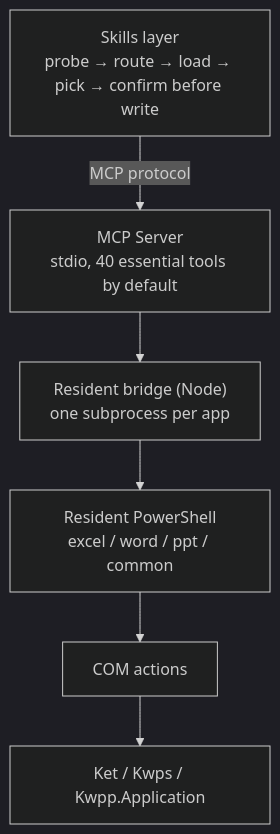
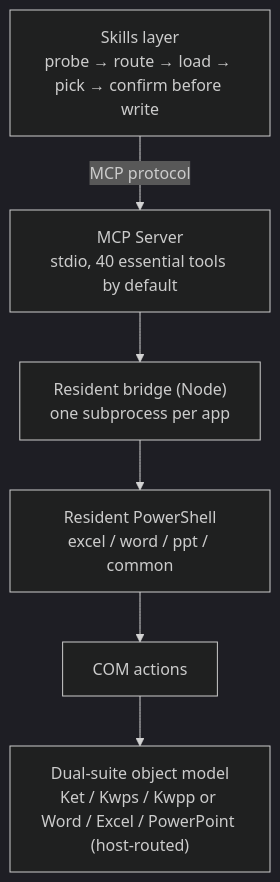
One commit to forkgo430/wps-multitool-mcp changed the diagram in README.en.md. Above: the diagram before and after it, drawn with Mermaid (dark theme). The commit also changed other lines of this file and 20 other files, not shown here.

````diff
--- a/README.en.md
+++ b/README.en.md
@@ -158,12 +162,12 @@
 ```mermaid
 flowchart TB
     S["Skills layer<br/>probe → route → load → pick → confirm before write"]
     M["MCP Server<br/>stdio, 40 essential tools by default"]
     B["Resident bridge (Node)<br/>one subprocess per app"]
     P["Resident PowerShell<br/>excel / word / ppt / common"]
     C["COM actions"]
-    W["Ket / Kwps / Kwpp.Application"]
+    W["Dual-suite object model<br/>Ket / Kwps / Kwpp or Word / Excel / PowerPoint (host-routed)"]
 
     S -->|MCP protocol| M
     M --> B --> P --> C --> W
 ```
````
